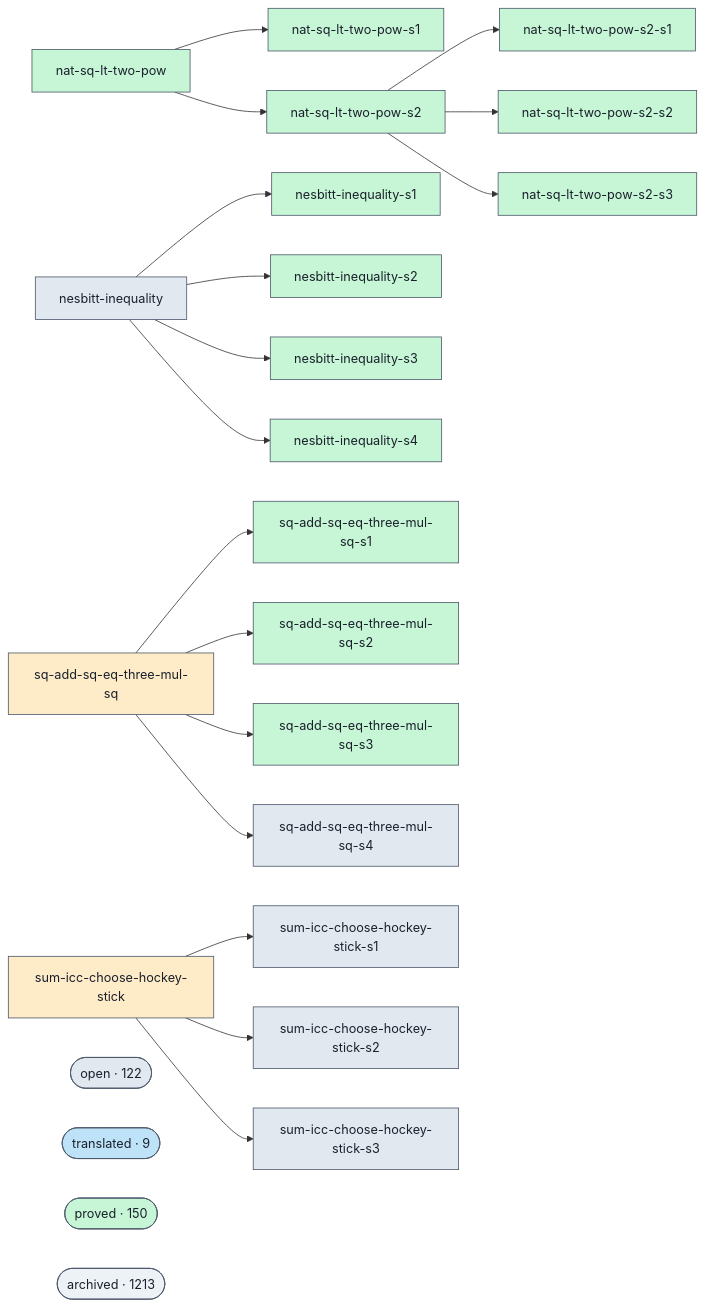
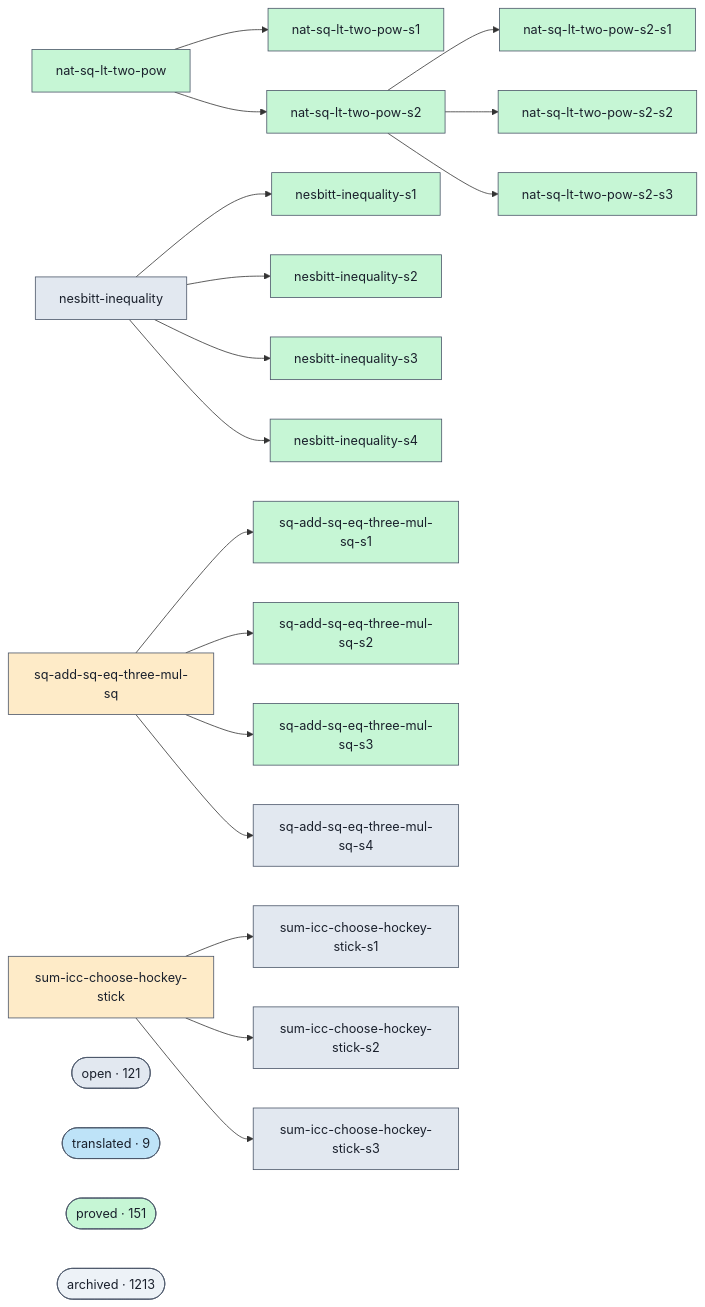
Before and after one commit to Rauxon/unsorry: the diagram in docs/proofs-contributors-visualisation.md, drawn with Mermaid. The commit also changed other lines of this file and 2 other files, not shown here.

```diff
--- a/docs/proofs-contributors-visualisation.md
+++ b/docs/proofs-contributors-visualisation.md
@@ -98,11 +98,11 @@
   g_sum_icc_choose_hockey_stick --> g_sum_icc_choose_hockey_stick_s1
   g_sum_icc_choose_hockey_stick --> g_sum_icc_choose_hockey_stick_s2
   g_sum_icc_choose_hockey_stick --> g_sum_icc_choose_hockey_stick_s3
-  cluster_open(["open · 122"])
+  cluster_open(["open · 121"])
   class cluster_open open;
   cluster_translated(["translated · 9"])
   class cluster_translated translated;
-  cluster_proved(["proved · 150"])
+  cluster_proved(["proved · 151"])
   class cluster_proved proved;
   cluster_archived(["archived · 1213"])
   class cluster_archived unknown;
```
